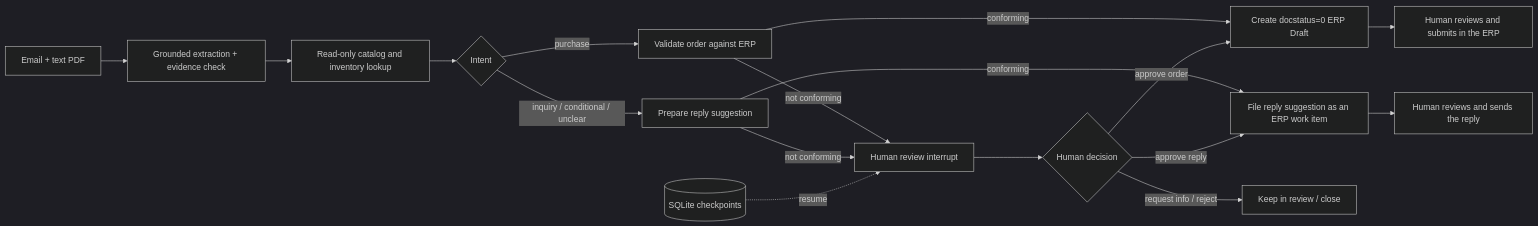
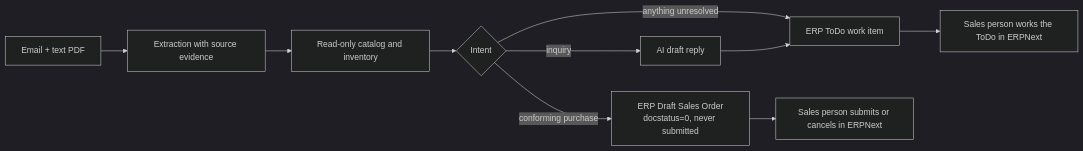
One commit to swnotmetal/E2E-MailOrder-LangChain changed the diagram in README.md. Above: the diagram before and after it, drawn with Mermaid (dark theme). The commit also changed other lines of this file and 34 other files, not shown here.

First line of the commit message:
Retire the web lab; review now happens inside ERPNext

````diff
--- a/README.md
+++ b/README.md
@@ -32,19 +11,12 @@
 ```mermaid
 flowchart LR
-  A[Email + text PDF] --> B[Grounded extraction + evidence check]
-  B --> C[Read-only catalog and inventory lookup]
+  A[Email + text PDF] --> B[Extraction with source evidence]
+  B --> C[Read-only catalog and inventory]
   C --> D{Intent}
-  D -->|purchase| E[Validate order against ERP]
-  D -->|inquiry / conditional / unclear| F[Prepare reply suggestion]
-  E -->|conforming| I[Create docstatus=0 ERP Draft]
-  E -->|not conforming| G[Human review interrupt]
-  F -->|conforming| N[File reply suggestion as an ERP work item]
-  F -->|not conforming| G
-  G --> H{Human decision}
-  H -->|approve order| I
-  H -->|approve reply| N
-  H -->|request info / reject| K[Keep in review / close]
-  I --> M[Human reviews and submits in the ERP]
-  N --> O[Human reviews and sends the reply]
-  L[(SQLite checkpoints)] -. resume .-> G
+  D -->|conforming purchase| E[ERP Draft Sales Order<br/>docstatus=0, never submitted]
+  D -->|anything unresolved| F[ERP ToDo work item]
+  D -->|inquiry| G[AI draft reply]
+  G --> F
+  E --> H[Sales person submits or cancels in ERPNext]
+  F --> I[Sales person works the ToDo in ERPNext]
 ```
````
